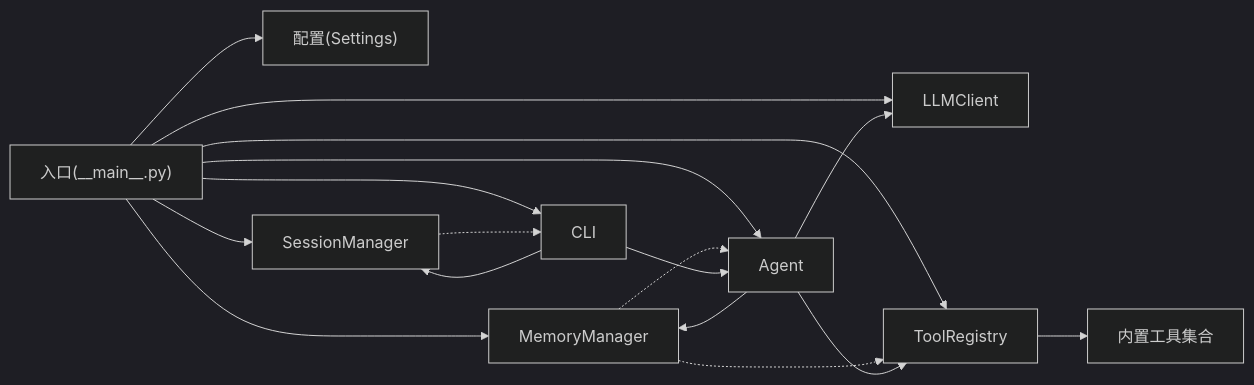
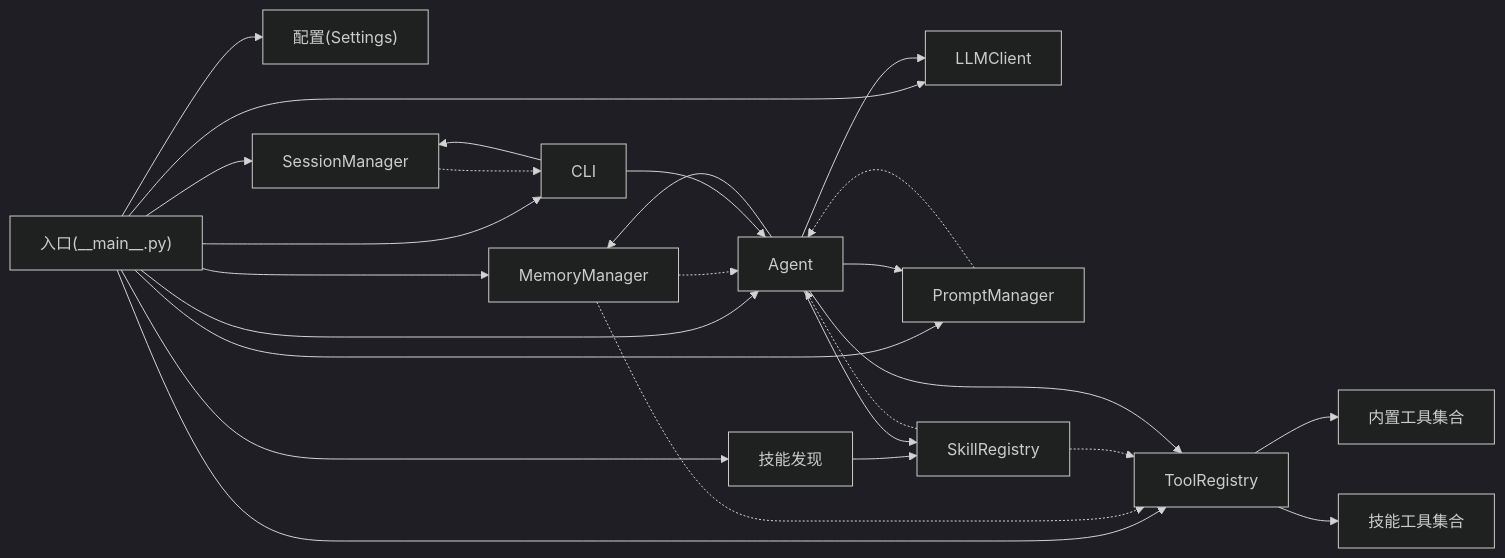
One commit to 250shiwo/MySmallAgent changed the fifth of 5 diagrams in .qoder/repowiki/zh/content/核心模块详解/入口点和初始化.md. Above: the diagram before and after it, drawn with Mermaid (dark theme). The commit also changed other lines of this file and 23 other files, not shown here.

````diff
--- a/.qoder/repowiki/zh/content/核心模块详解/入口点和初始化.md
+++ b/.qoder/repowiki/zh/content/核心模块详解/入口点和初始化.md
@@ -443,19 +561,28 @@
 ```mermaid
 graph LR
 P["入口(__main__.py)"] --> CFG["配置(Settings)"]
 P --> LLM["LLMClient"]
 P --> MEM["MemoryManager"]
+P --> SKD["技能发现"]
+P --> PM["PromptManager"]
 P --> REG["ToolRegistry"]
 P --> AG["Agent"]
 P --> SM["SessionManager"]
 P --> CLI["CLI"]
+SKD --> SR["SkillRegistry"]
+PM -.-> AG
 MEM -.-> REG
 MEM -.-> AG
+SR -.-> REG
+SR -.-> AG
 REG --> T["内置工具集合"]
+REG --> ST["技能工具集合"]
 AG --> LLM
 AG --> REG
 AG --> MEM
+AG --> SR
+AG --> PM
 SM -.-> CLI
 CLI --> AG
 CLI --> SM
 ```
````
